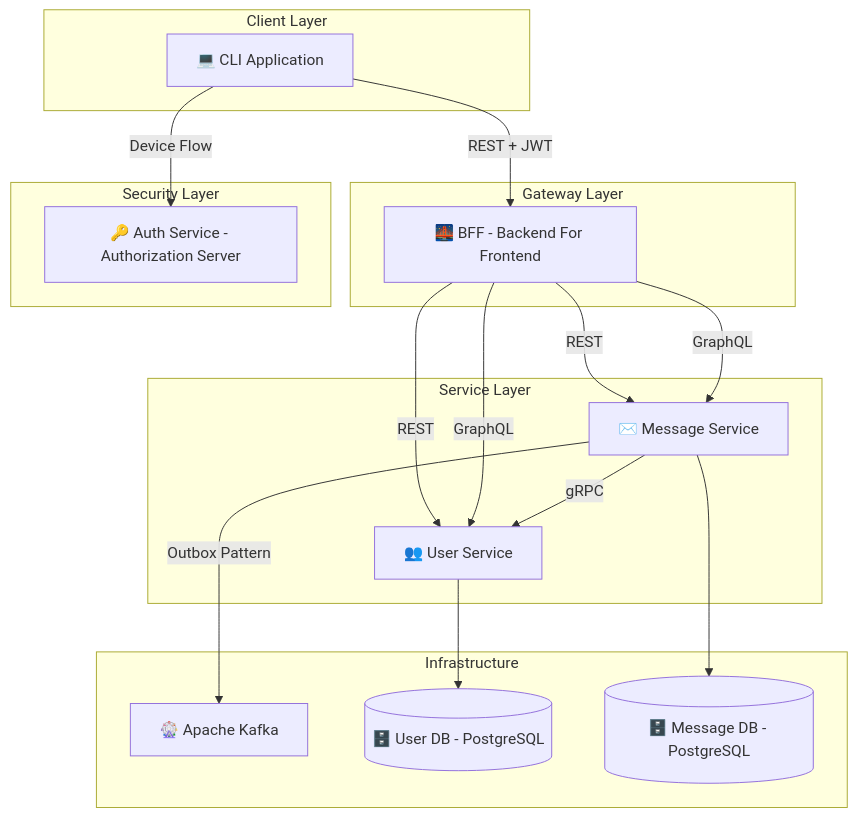
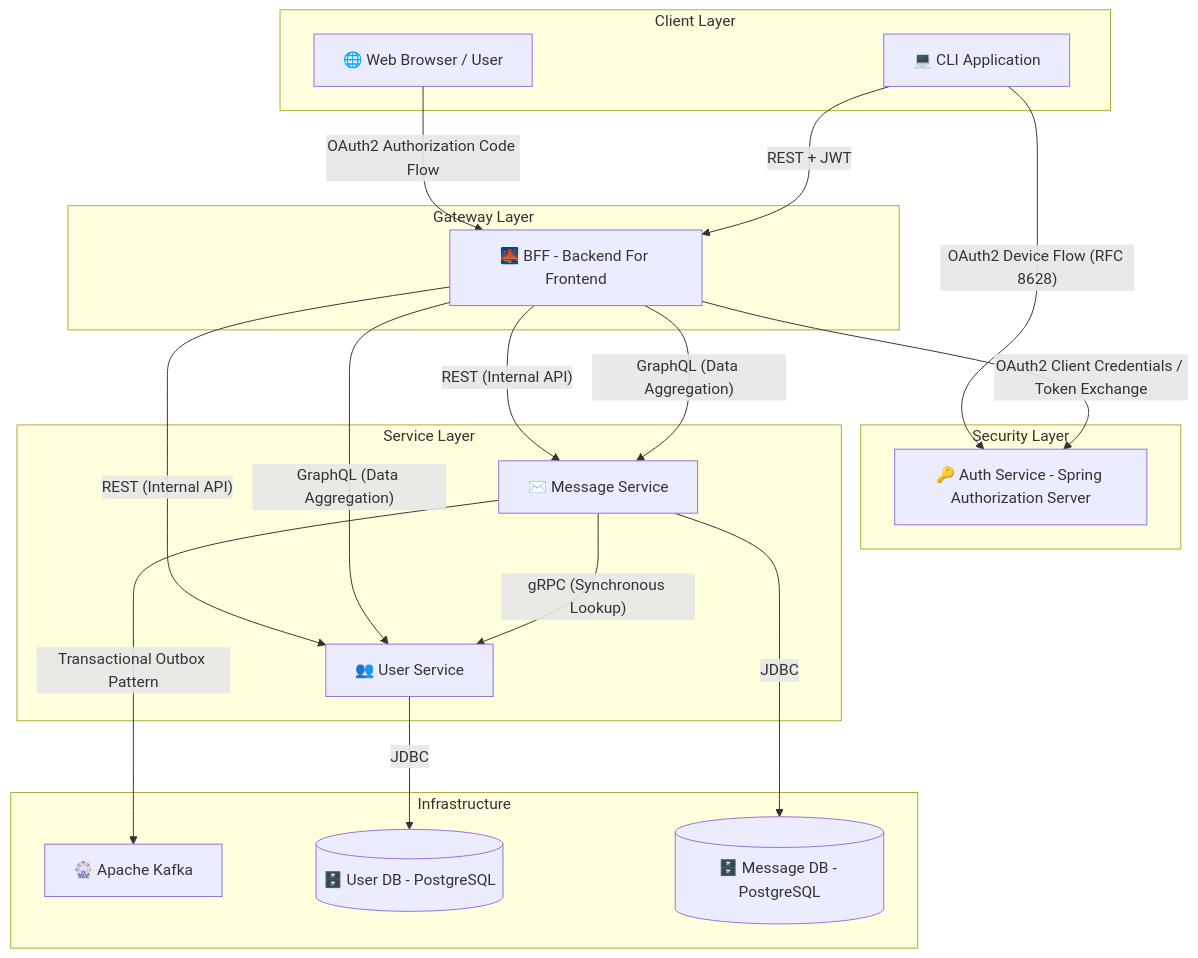
Before and after one commit to gvaguirres/microservices-lab: the diagram in README.md, drawn with Mermaid. The commit also changed other lines of this file, not shown here.

````diff
--- a/README.md
+++ b/README.md
@@ -11,39 +11,46 @@
 ```mermaid
 graph TD
     subgraph Client Layer
         CLI[💻 CLI Application]
+        Browser[🌐 Web Browser / User]
+    end
+
+    subgraph Security Layer
+        AS[🔑 Auth Service - Spring Authorization Server]
     end
 
     subgraph Gateway Layer
         BFF[🌉 BFF - Backend For Frontend]
-    end
-
-    subgraph Security Layer
-        AS[🔑 Auth Service - Authorization Server]
     end
 
     subgraph Service Layer
         US[👥 User Service]
         MS[✉️ Message Service]
     end
 
     subgraph Infrastructure
         KAFKA[🎡 Apache Kafka]
         UDB[(🗄️ User DB - PostgreSQL)]
         MDB[(🗄️ Message DB - PostgreSQL)]
     end
 
-    CLI -- Device Flow --> AS
-    CLI -- REST + JWT --> BFF
+    %% Authentication Flows
+    CLI -- "OAuth2 Device Flow (RFC 8628)" --> AS
+    Browser -- "OAuth2 Authorization Code Flow" --> BFF
+    BFF -- "OAuth2 Client Credentials / Token Exchange" --> AS
+
+    %% Application Communication
+    CLI -- "REST + JWT" --> BFF
     
-    BFF -- REST --> US
-    BFF -- REST --> MS
-    BFF -- GraphQL --> US
-    BFF -- GraphQL --> MS
+    BFF -- "REST (Internal API)" --> US
+    BFF -- "REST (Internal API)" --> MS
+    BFF -- "GraphQL (Data Aggregation)" --> US
+    BFF -- "GraphQL (Data Aggregation)" --> MS
     
-    MS -- gRPC --> US
-    MS -- Outbox Pattern --> KAFKA
+    MS -- "gRPC (Synchronous Lookup)" --> US
+    MS -- "Transactional Outbox Pattern" --> KAFKA
     
-    US --> UDB
-    MS --> MDB
+    %% Persistence
+    US -- "JDBC" --> UDB
+    MS -- "JDBC" --> MDB
 ```
````
